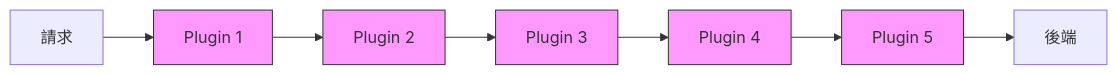
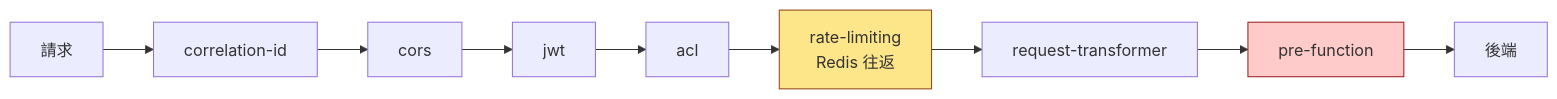
Before and after one commit to chihhung/Blog: diagram 20 of 22 in content/posts/教學/工具/Kong API Gateway教學手冊.md, drawn with Mermaid. The commit also changed other lines of this file and 10 other files, not shown here.

````diff
--- a/content/posts/教學/工具/Kong API Gateway教學手冊.md
+++ b/content/posts/教學/工具/Kong API Gateway教學手冊.md
@@ -1904,15 +3707,14 @@
 ```mermaid
 graph LR
-    Request[請求] --> P1[Plugin 1]
-    P1 --> P2[Plugin 2]
-    P2 --> P3[Plugin 3]
-    P3 --> P4[Plugin 4]
-    P4 --> P5[Plugin 5]
-    P5 --> Backend[後端]
-    
-    style P1 fill:#f9f,stroke:#333
-    style P2 fill:#f9f,stroke:#333
-    style P3 fill:#f9f,stroke:#333
-    style P4 fill:#f9f,stroke:#333
-    style P5 fill:#f9f,stroke:#333
+    Request[請求] --> P1[correlation-id]
+    P1 --> P2[cors]
+    P2 --> P3[jwt]
+    P3 --> P4[acl]
+    P4 --> P5[rate-limiting<br/>Redis 往返]
+    P5 --> P6[request-transformer]
+    P6 --> P7[pre-function]
+    P7 --> Backend[後端]
+
+    style P5 fill:#fde68a,stroke:#92400e
+    style P7 fill:#fecaca,stroke:#991b1b
 ```
````
